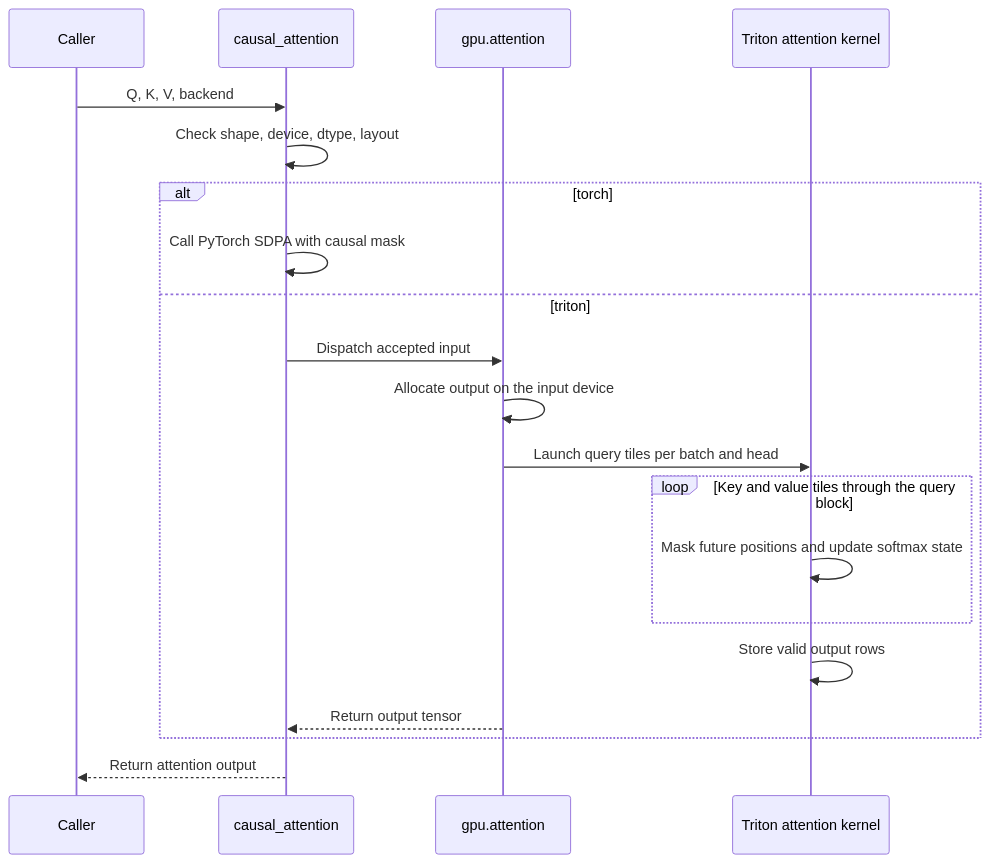
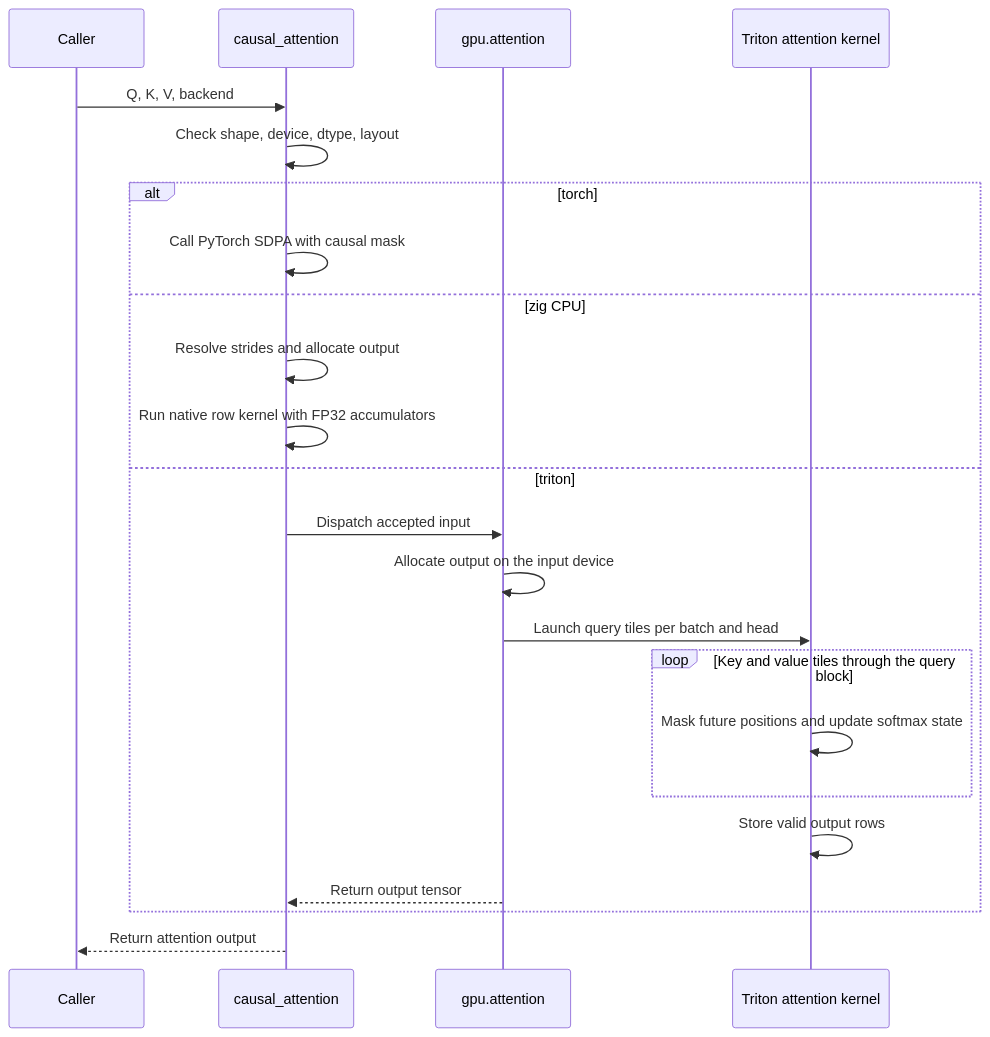
One commit to asigdel29/triton-kernel-optimizer changed the second of 2 diagrams in docs/system-design.md. Above: the diagram before and after it, drawn with Mermaid. The commit also changed other lines of this file and 24 other files, not shown here.

````diff
--- a/docs/system-design.md
+++ b/docs/system-design.md
@@ -57,22 +61,25 @@
 ```mermaid
 sequenceDiagram
     participant C as Caller
     participant A as causal_attention
     participant L as gpu.attention
     participant K as Triton attention kernel
     C->>A: Q, K, V, backend
     A->>A: Check shape, device, dtype, layout
     alt torch
         A->>A: Call PyTorch SDPA with causal mask
+    else zig CPU
+        A->>A: Resolve strides and allocate output
+        A->>A: Run native row kernel with FP32 accumulators
     else triton
         A->>L: Dispatch accepted input
         L->>L: Allocate output on the input device
         L->>K: Launch query tiles per batch and head
         loop Key and value tiles through the query block
             K->>K: Mask future positions and update softmax state
         end
         K->>K: Store valid output rows
         L-->>A: Return output tensor
     end
     A-->>C: Return attention output
 ```
````
